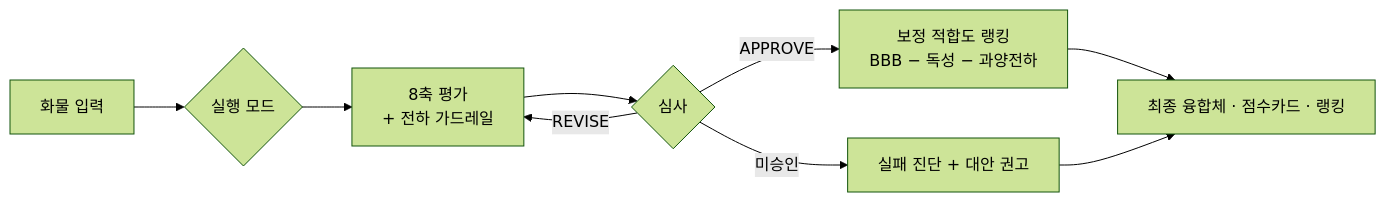
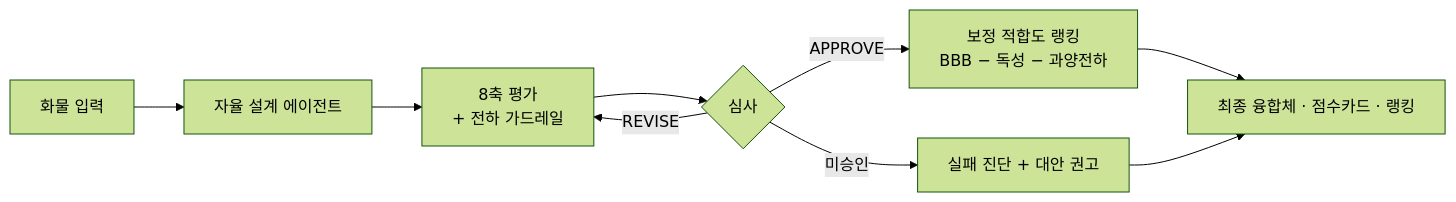
Before and after one commit to yunseul6028/BBB-Optimizer: the second of 2 diagrams in 기획서.md, drawn with Mermaid (forest theme). The commit also changed other lines of this file and 4 other files, not shown here.

````diff
--- a/기획서.md
+++ b/기획서.md
@@ -227,11 +221,11 @@
 ```mermaid
 flowchart LR
-  IN["화물 입력"] --> MODE{"실행 모드"}
+  IN["화물 입력"] --> MODE["자율 설계 에이전트"]
   MODE --> EVAL["8축 평가<br/>+ 전하 가드레일"]
   EVAL --> CR{"심사"}
   CR -->|APPROVE| RANK["보정 적합도 랭킹<br/>BBB − 독성 − 과양전하"]
   CR -->|REVISE| EVAL
   CR -->|미승인| FAIL["실패 진단 + 대안 권고"]
   RANK --> OUT["최종 융합체 · 점수카드 · 랭킹"]
   FAIL --> OUT
 ```
````
